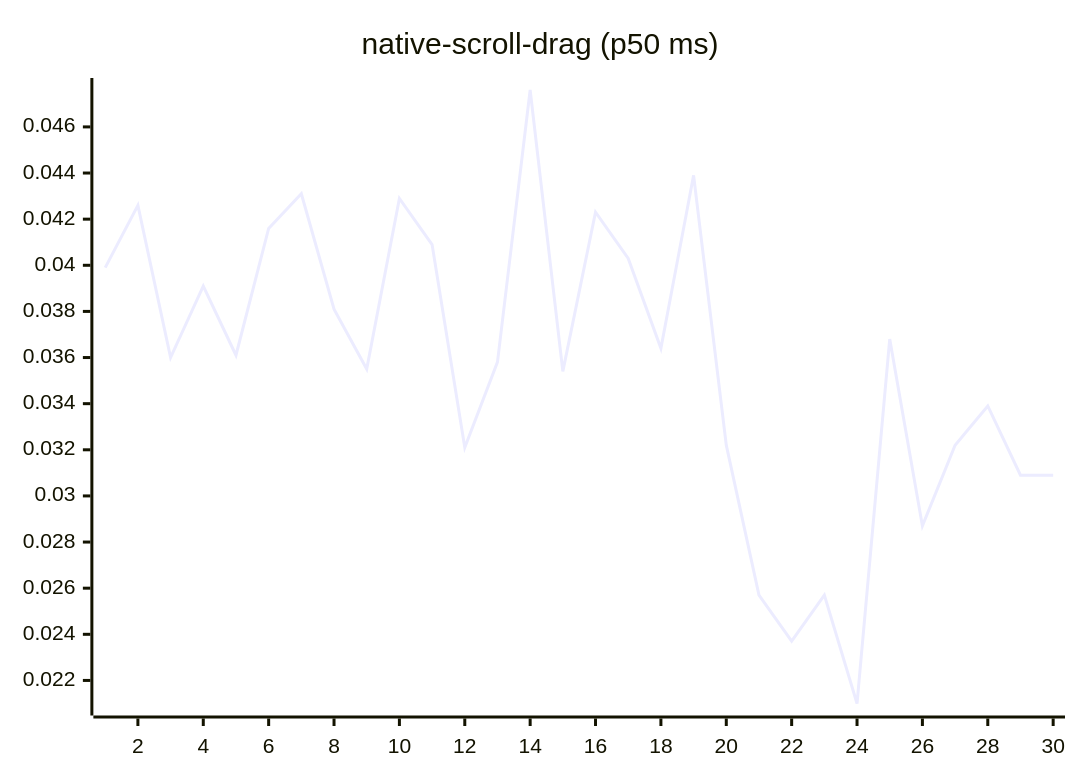
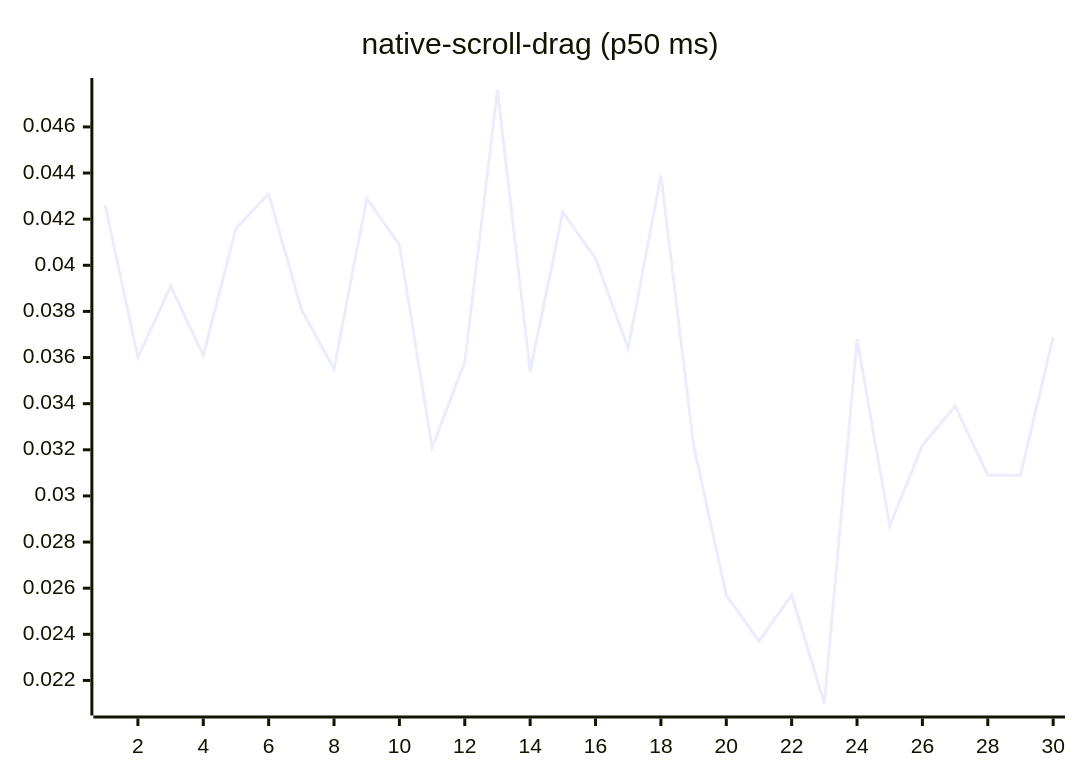
Before and after one commit to josha/Facet: diagram 14 of 27 in README.md, drawn with Mermaid. The commit also changed other lines of this file and 2 other files, not shown here.

````diff
--- a/README.md
+++ b/README.md
@@ -154,6 +154,6 @@
 ```mermaid
 xychart-beta
     title "native-scroll-drag (p50 ms)"
     x-axis 1 --> 30
-    line [0.0399, 0.0426, 0.0360, 0.0391, 0.0361, 0.0416, 0.0431, 0.0381, 0.0355, 0.0429, 0.0409, 0.0321, 0.0358, 0.0476, 0.0354, 0.0423, 0.0403, 0.0364, 0.0439, 0.0322, 0.0257, 0.0237, 0.0257, 0.0210, 0.0368, 0.0287, 0.0322, 0.0339, 0.0309, 0.0309]
+    line [0.0426, 0.0360, 0.0391, 0.0361, 0.0416, 0.0431, 0.0381, 0.0355, 0.0429, 0.0409, 0.0321, 0.0358, 0.0476, 0.0354, 0.0423, 0.0403, 0.0364, 0.0439, 0.0322, 0.0257, 0.0237, 0.0257, 0.0210, 0.0368, 0.0287, 0.0322, 0.0339, 0.0309, 0.0309, 0.0369]
 ```
````
